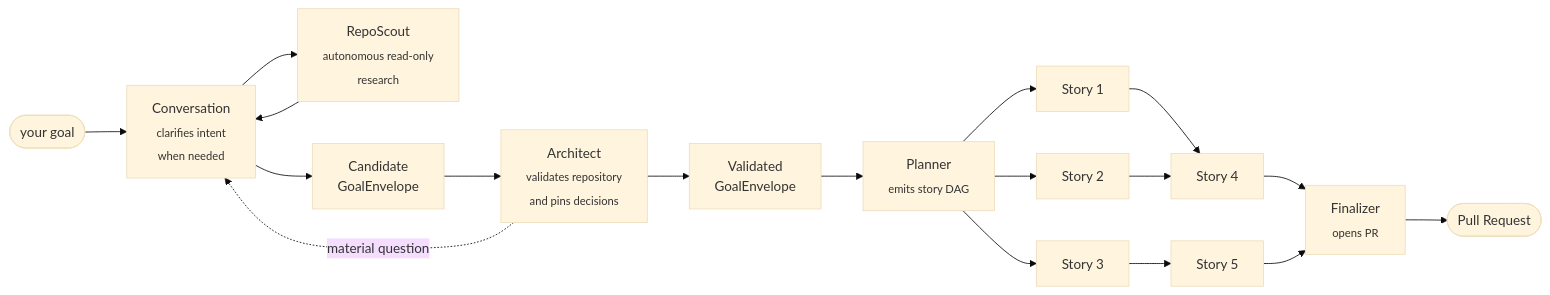
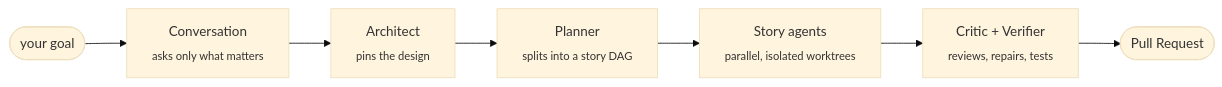
The first of 2 diagrams in README.md (jigjoy-ai/baro), drawn with Mermaid (base theme) before and after one commit. The commit also changed other lines of this file, not shown here.

First line of the commit message:
docs: cut the README to what a new user needs

````diff
--- a/README.md
+++ b/README.md
@@ -38,20 +29,9 @@
 ```mermaid
 flowchart LR
-    Goal([your goal]) --> C[Conversation<br/><sub>clarifies intent<br/>when needed</sub>]
-    C --> R[RepoScout<br/><sub>autonomous read-only<br/>research</sub>]
-    R --> C
-    C --> K[Candidate<br/>GoalEnvelope]
-    K --> A[Architect<br/><sub>validates repository<br/>and pins decisions</sub>]
-    A -. material question .-> C
-    A --> G[Validated<br/>GoalEnvelope]
-    G --> P[Planner<br/><sub>emits story DAG</sub>]
-    P --> S1[Story 1]
-    P --> S2[Story 2]
-    P --> S3[Story 3]
-    S1 --> S4[Story 4]
-    S2 --> S4
-    S3 --> S5[Story 5]
-    S4 --> F[Finalizer<br/><sub>opens PR</sub>]
-    S5 --> F
-    F --> PR([Pull Request])
+    G([your goal]) --> C[Conversation<br/><sub>asks only what matters</sub>]
+    C --> A[Architect<br/><sub>pins the design</sub>]
+    A --> P[Planner<br/><sub>splits into a story DAG</sub>]
+    P --> S[Story agents<br/><sub>parallel, isolated worktrees</sub>]
+    S --> V[Critic + Verifier<br/><sub>reviews, repairs, tests</sub>]
+    V --> PR([Pull Request])
 ```
````
